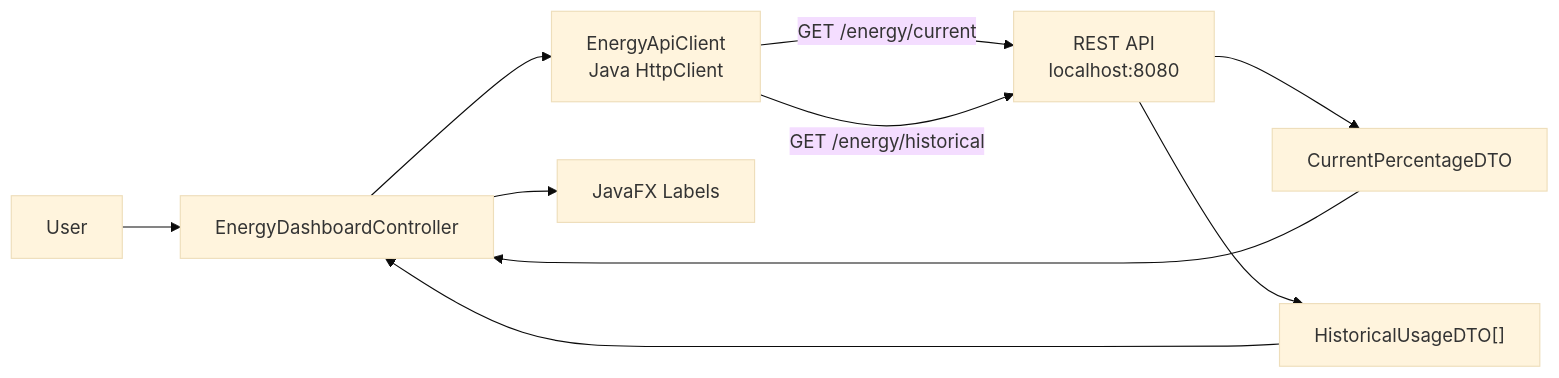
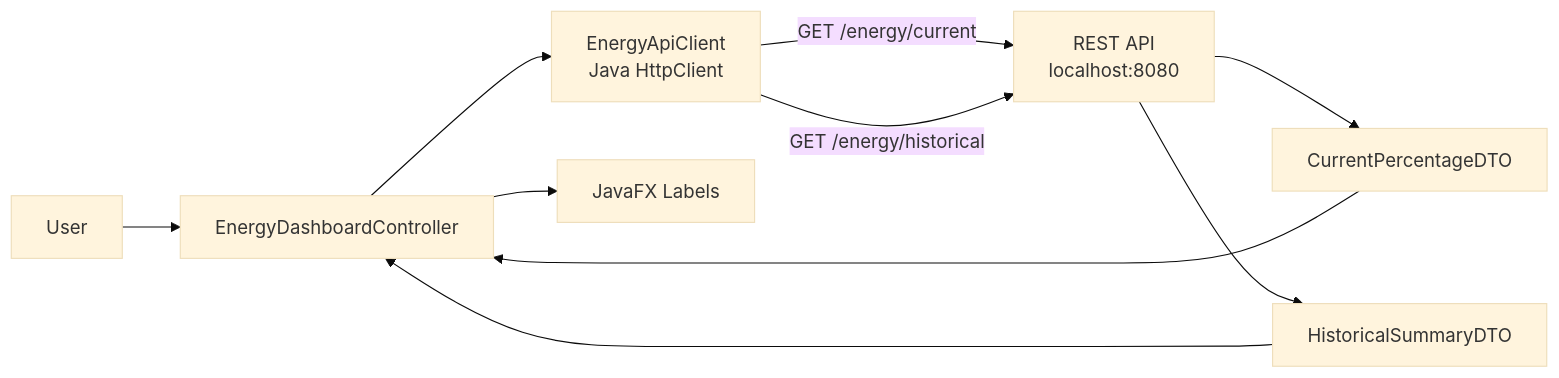
The first of 2 diagrams in docs/modules-documentation/energy-gui.md (Dev02Liu/energy_community_project), drawn with Mermaid (base theme) before and after one commit. The commit also changed other lines of this file and 8 other files, not shown here.

````diff
--- a/docs/modules-documentation/energy-gui.md
+++ b/docs/modules-documentation/energy-gui.md
@@ -63,20 +63,20 @@
 ```mermaid
 flowchart LR
     User["User"]
     Controller["EnergyDashboardController"]
     Client["EnergyApiClient<br/>Java HttpClient"]
     API["REST API<br/>localhost:8080"]
     CurrentDTO["CurrentPercentageDTO"]
-    HistoryDTO["HistoricalUsageDTO[]"]
+    HistoryDTO["HistoricalSummaryDTO"]
     Labels["JavaFX Labels"]
 
     User --> Controller
     Controller --> Client
     Client -->|"GET /energy/current"| API
     Client -->|"GET /energy/historical"| API
     API --> CurrentDTO
     API --> HistoryDTO
     CurrentDTO --> Controller
     HistoryDTO --> Controller
     Controller --> Labels
 ```
````
